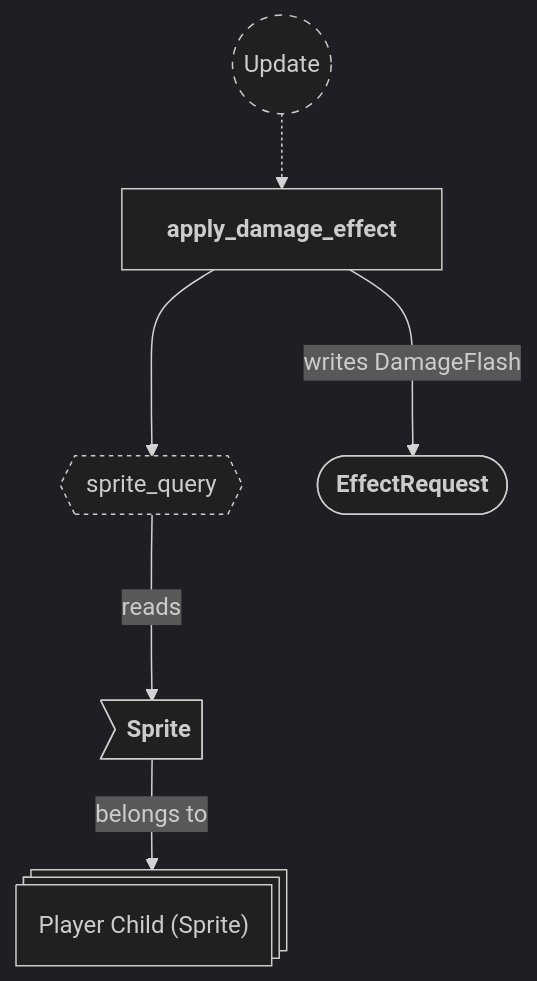
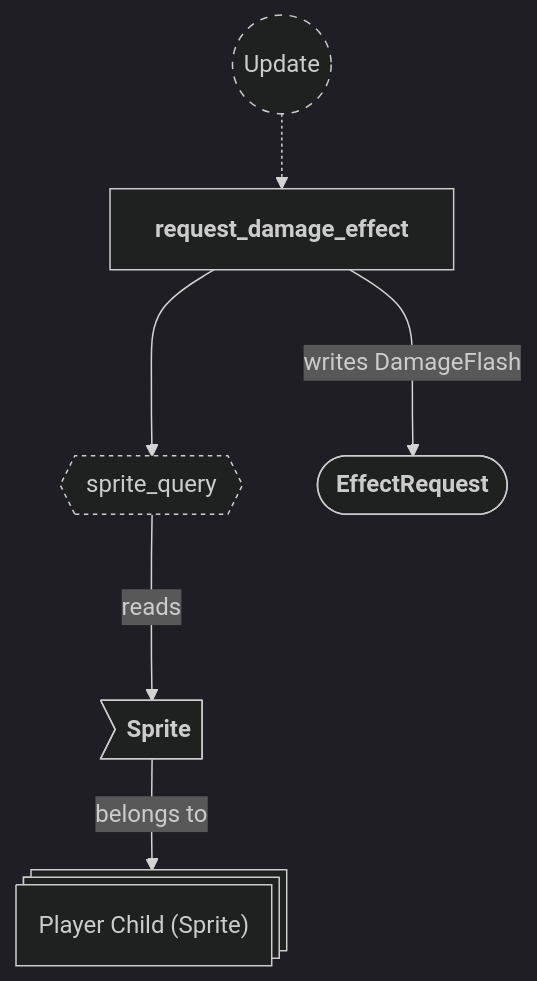
Before and after one commit to neurosoup/tyled: diagram 12 of 22 in backlog/docs/doc-10 - 008-Effects-plugin.md, drawn with Mermaid. The commit also changed other lines of this file and 3 other files, not shown here.

First line of the commit message:
Docs: rewrite doc-11 damage plugin, diagrams in doc-10; rename effect request systems

````diff
--- a/backlog/docs/doc-10 - 008-Effects-plugin.md
+++ b/backlog/docs/doc-10 - 008-Effects-plugin.md
@@ -519,27 +608,27 @@
 ```mermaid
 ---
 config:
   theme: dark
 ---
 
 flowchart TD
 classDef system-group stroke-dasharray: 5 5
 classDef query stroke-dasharray: 3 3
 
 update(("`Update`")):::system-group
-apply_damage_effect["`**apply_damage_effect**`"]
+request_damage_effect["`**request_damage_effect**`"]
 
-update -.-> apply_damage_effect
+update -.-> request_damage_effect
 
 sprites_query{{"`sprite_query`"}}:::query
-apply_damage_effect ---> sprites_query
+request_damage_effect ---> sprites_query
 
 child_entity@{ shape: st-rect, label: "Player Child (Sprite)" }
 
 ce_sprite>"`**Sprite**`"] --> |belongs to| child_entity
 
 sprites_query ---> |reads| ce_sprite
 
 effect_request(["`**EffectRequest**`"])
-apply_damage_effect ---> |writes DamageFlash| effect_request
+request_damage_effect ---> |writes DamageFlash| effect_request
 ```
````
